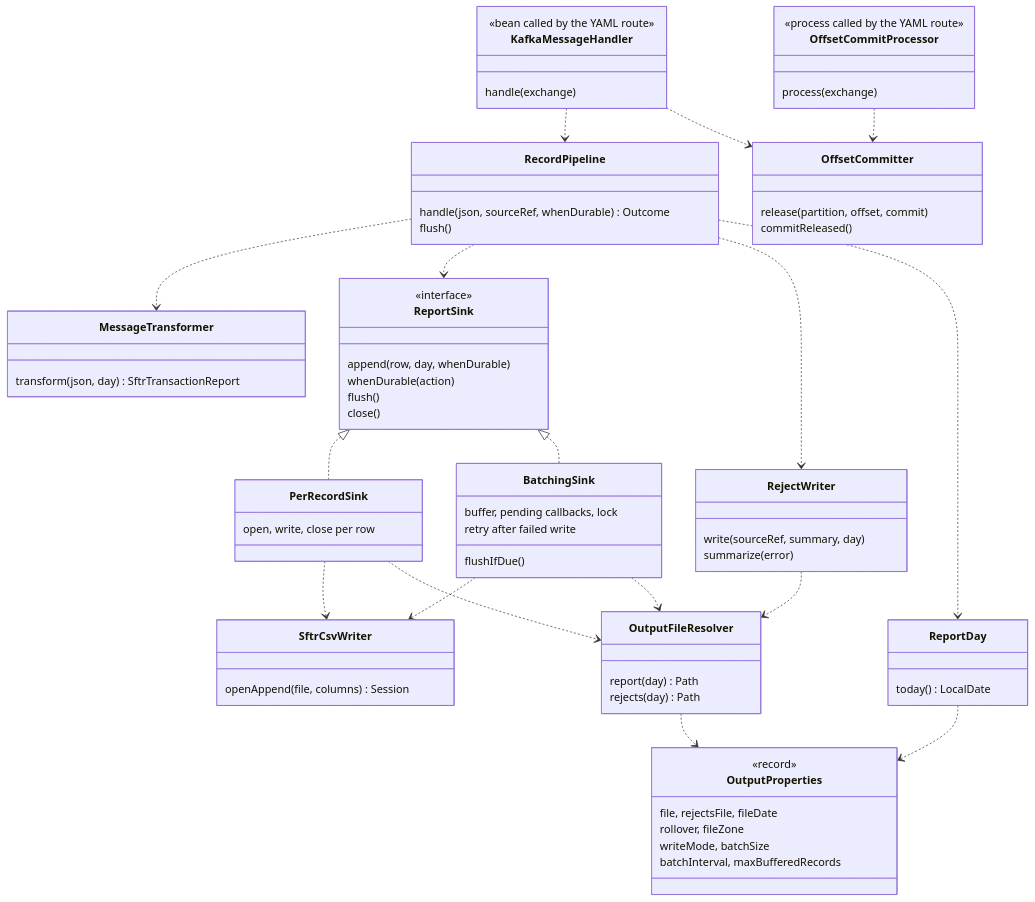
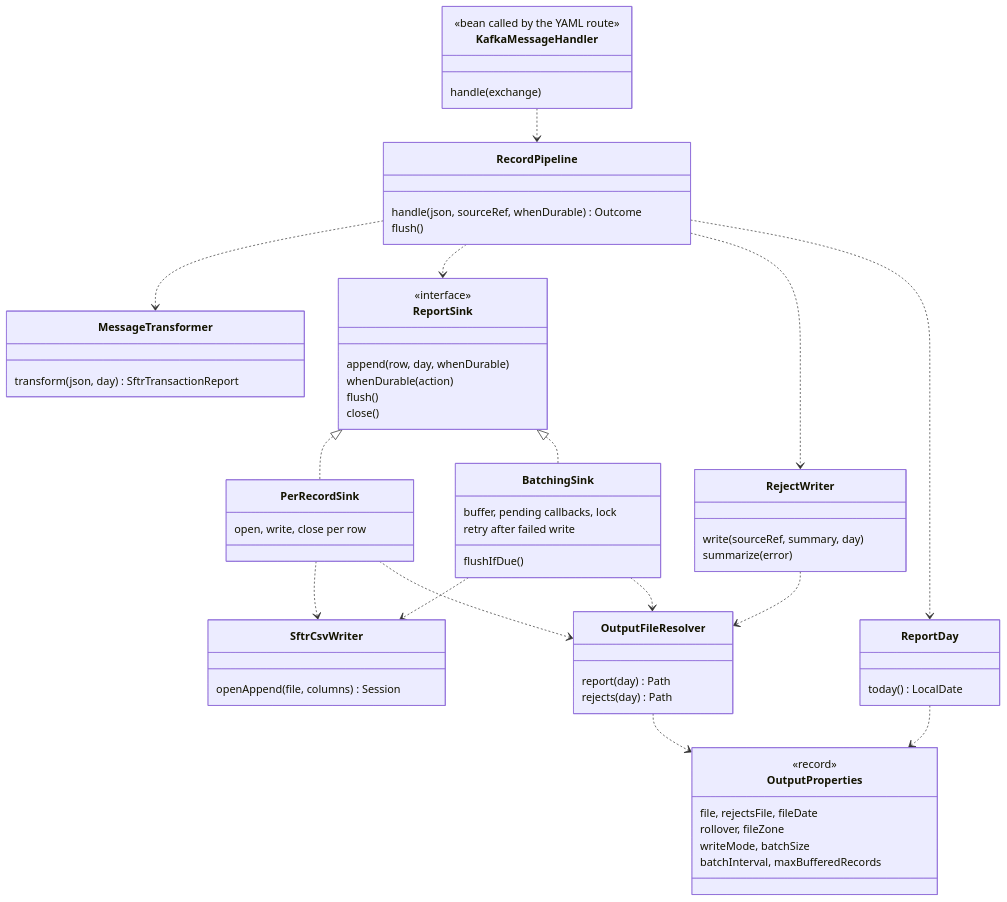
One commit to shanregs/msg-transformer changed the fifth of 15 diagrams in docs/c4-architecture.md. Above: the diagram before and after it, drawn with Mermaid. The commit also changed other lines of this file and 14 other files, not shown here.

First line of the commit message:
Simplify the Kafka consumer: default Camel offset handling (#12)

````diff
--- a/docs/c4-architecture.md
+++ b/docs/c4-architecture.md
@@ -178,75 +171,65 @@
 ```mermaid
 classDiagram
     class RecordPipeline {
         handle(json, sourceRef, whenDurable) Outcome
         flush()
     }
     class MessageTransformer {
         transform(json, day) SftrTransactionReport
     }
     class ReportSink {
         <<interface>>
         append(row, day, whenDurable)
         whenDurable(action)
         flush()
         close()
     }
     class PerRecordSink {
         open, write, close per row
     }
     class BatchingSink {
         buffer, pending callbacks, lock
         flushIfDue()
         retry after failed write
     }
     class RejectWriter {
         write(sourceRef, summary, day)
         summarize(error)
     }
     class OutputFileResolver {
         report(day) Path
         rejects(day) Path
     }
     class ReportDay {
         today() LocalDate
     }
     class OutputProperties {
         <<record>>
         file, rejectsFile, fileDate
         rollover, fileZone
         writeMode, batchSize
         batchInterval, maxBufferedRecords
     }
-    class OffsetCommitter {
-        release(partition, offset, commit)
-        commitReleased()
-    }
     class KafkaMessageHandler {
         <<bean called by the YAML route>>
         handle(exchange)
-    }
-    class OffsetCommitProcessor {
-        <<process called by the YAML route>>
-        process(exchange)
     }
     class SftrCsvWriter {
         openAppend(file, columns) Session
     }
 
     ReportSink <|.. PerRecordSink
     ReportSink <|.. BatchingSink
     RecordPipeline ..> MessageTransformer
     RecordPipeline ..> ReportSink
     RecordPipeline ..> RejectWriter
     RecordPipeline ..> ReportDay
     PerRecordSink ..> SftrCsvWriter
     BatchingSink ..> SftrCsvWriter
     PerRecordSink ..> OutputFileResolver
     BatchingSink ..> OutputFileResolver
     RejectWriter ..> OutputFileResolver
     OutputFileResolver ..> OutputProperties
     ReportDay ..> OutputProperties
     KafkaMessageHandler ..> RecordPipeline
-    KafkaMessageHandler ..> OffsetCommitter
-    OffsetCommitProcessor ..> OffsetCommitter
 ```
````
